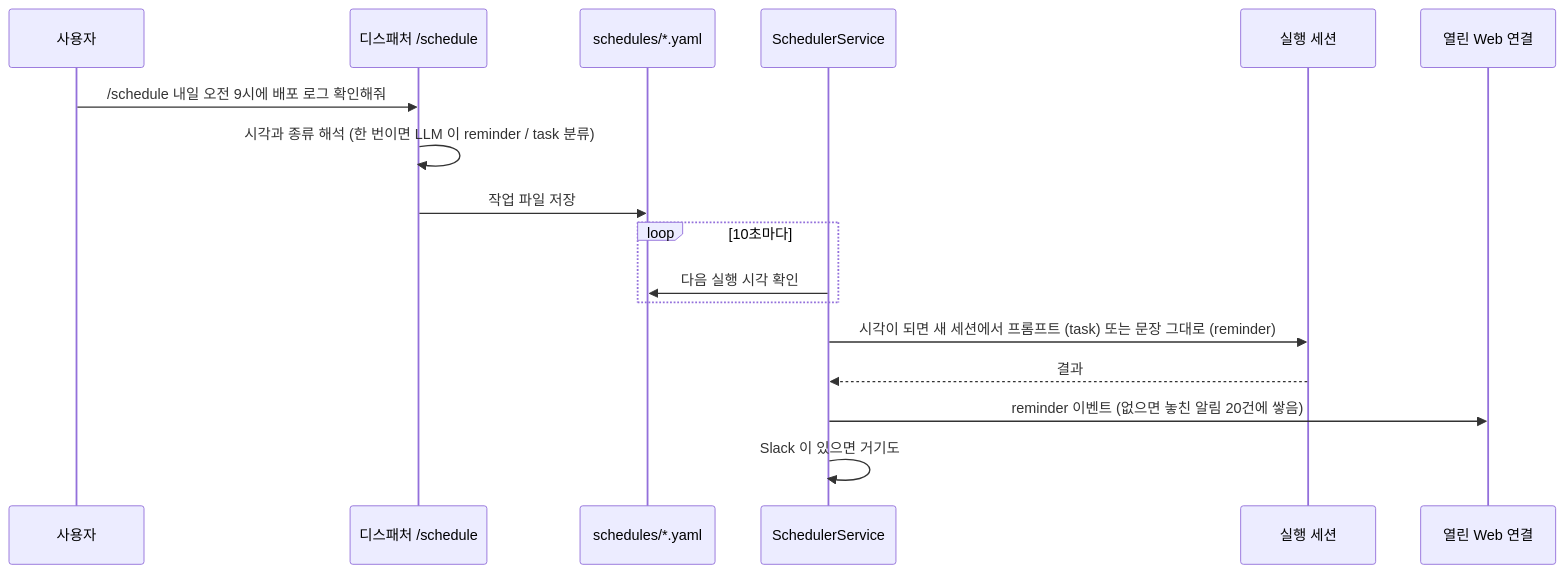
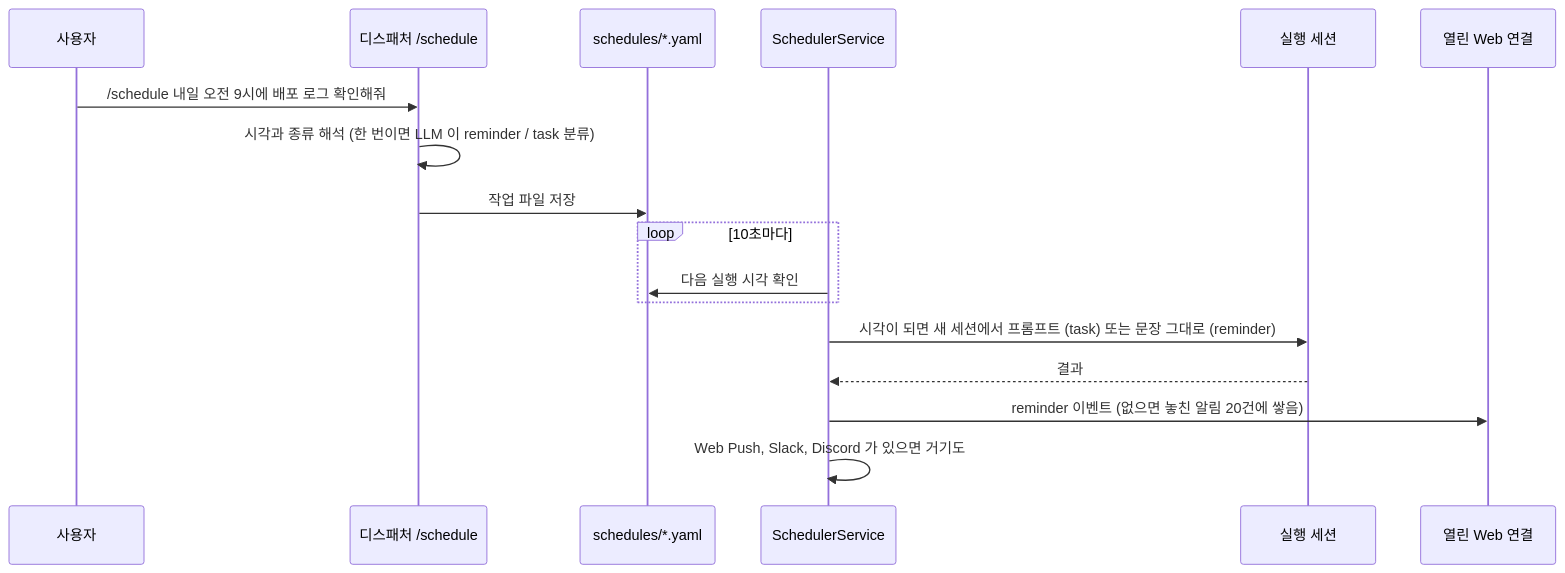
One commit to ash-hun/jarvis-agent changed the first of 2 diagrams in website/docs/concepts/conversation/scheduling.md. Above: the diagram before and after it, drawn with Mermaid. The commit also changed other lines of this file and 10 other files, not shown here.

Commit message:
Docs: 이번 주 변경(개성, KAREN gpt-4o 와 관심 지역, 추천 1순위, 영어 음성, 되묻기, Web Push 제목, 🔔 되풀이 막기, 세션 마무리 대기)을 문서에 맞춘다 (#155)

````diff
--- a/website/docs/concepts/conversation/scheduling.md
+++ b/website/docs/concepts/conversation/scheduling.md
@@ -23,19 +23,19 @@
 ```mermaid
 sequenceDiagram
   participant U as 사용자
   participant D as 디스패처 /schedule
   participant F as schedules/*.yaml
   participant S as SchedulerService
   participant R as 실행 세션
   participant H as 열린 Web 연결
   U->>D: /schedule 내일 오전 9시에 배포 로그 확인해줘
   D->>D: 시각과 종류 해석 (한 번이면 LLM 이 reminder / task 분류)
   D->>F: 작업 파일 저장
   loop 10초마다
     S->>F: 다음 실행 시각 확인
   end
   S->>R: 시각이 되면 새 세션에서 프롬프트 (task) 또는 문장 그대로 (reminder)
   R-->>S: 결과
   S->>H: reminder 이벤트 (없으면 놓친 알림 20건에 쌓음)
-  S->>S: Slack 이 있으면 거기도
+  S->>S: Web Push, Slack, Discord 가 있으면 거기도
 ```
````
